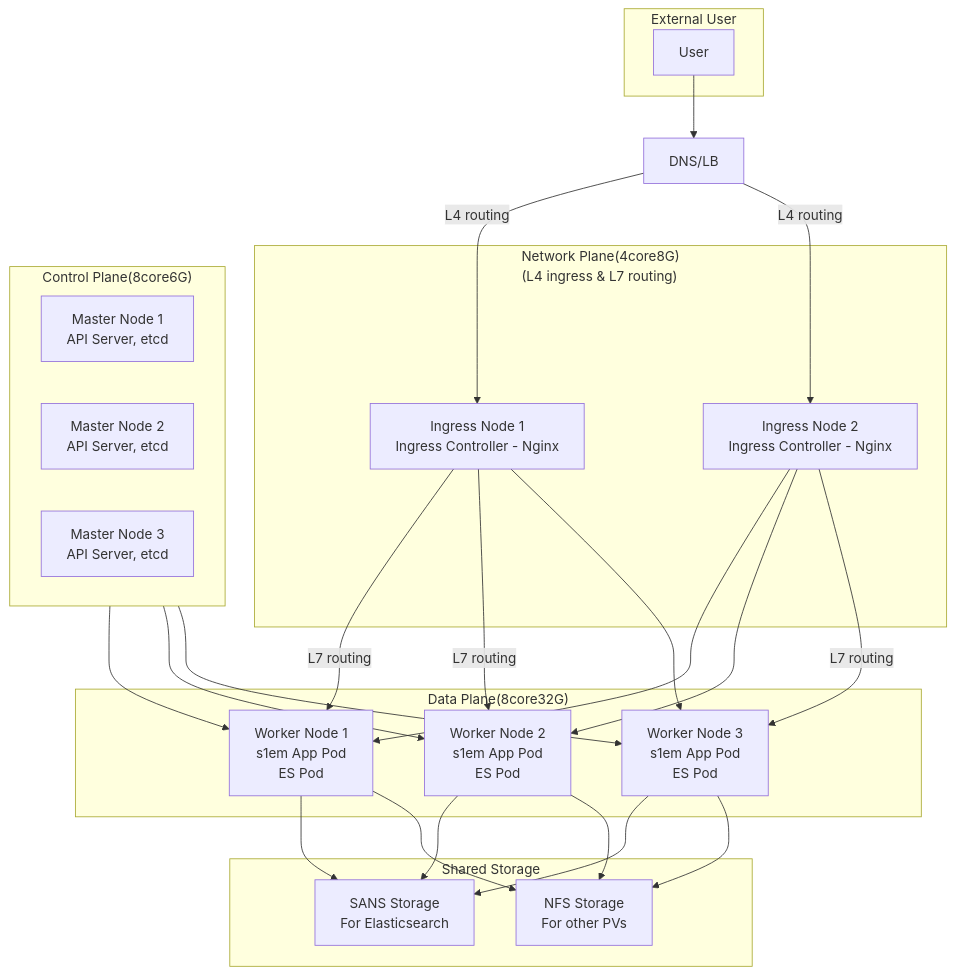
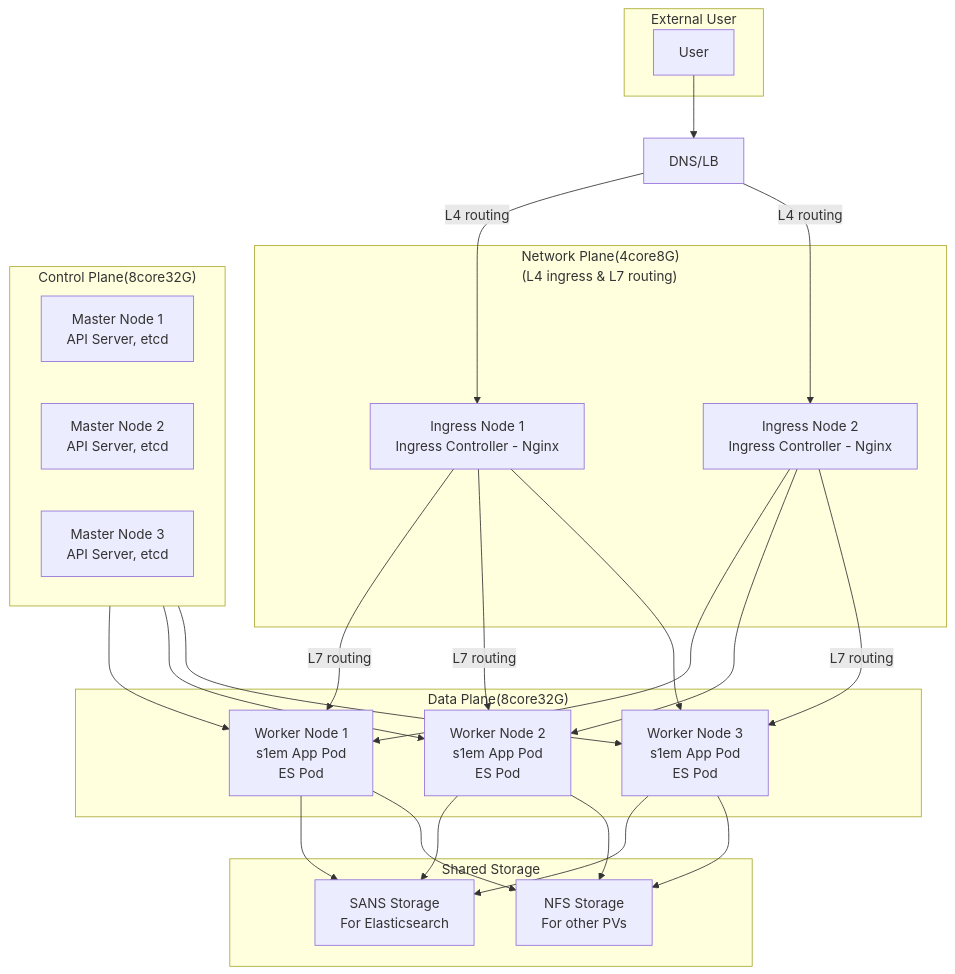
Before and after one commit to taesung320/k8: the diagram in k8s.md, drawn with Mermaid. The commit also changed other lines of this file, not shown here.

````diff
--- a/k8s.md
+++ b/k8s.md
@@ -25,53 +25,53 @@
 ```mermaid
 graph TD
       subgraph External["External User"]
           User[User]
       end
 
       subgraph NetworkPlane["Network Plane(4core8G)<br/>(L4 ingress & L7 routing)"]
           Ingress1[Ingress Node 1<br/>Ingress Controller - Nginx]
           Ingress2[Ingress Node 2<br/>Ingress Controller - Nginx]
       end
 
       subgraph DataPlane["Data Plane(8core32G)"]
           Worker1[Worker Node 1<br/>s1em App Pod<br/>ES Pod]
           Worker2[Worker Node 2<br/>s1em App Pod<br/>ES Pod]
           Worker3[Worker Node 3<br/>s1em App Pod<br/>ES Pod]
       end
 
-      subgraph ControlPlane["Control Plane(8core6G)"]
+      subgraph ControlPlane["Control Plane(8core32G)"]
           direction LR
           Master1[Master Node 1<br/>API Server, etcd]
           Master2[Master Node 2<br/>API Server, etcd]
           Master3[Master Node 3<br/>API Server, etcd]
       end
 
       subgraph Storage["Shared Storage"]
           SANS[SANS Storage<br/>For Elasticsearch]
           NFS[NFS Storage<br/>For other PVs]
       end
 
       User --> DNS/LB
       DNS/LB -->|L4 routing| Ingress1
       DNS/LB -->|L4 routing| Ingress2
 
       Ingress1 -->|L7 routing| Worker1
       Ingress1 -->|L7 routing| Worker2
       Ingress1 --> Worker3
       Ingress2 --> Worker1
       Ingress2 --> Worker2
       Ingress2 -->|L7 routing| Worker3
 
 
       ControlPlane --> Worker1
       ControlPlane --> Worker2
       ControlPlane --> Worker3
 
       Worker1 --> SANS
       Worker2 --> SANS
       Worker3 --> SANS
 
       Worker1 --> NFS
       Worker2 --> NFS
       Worker3 --> NFS
 ```
````
